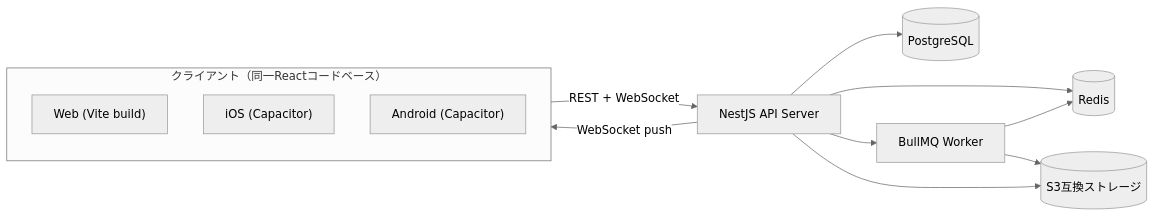
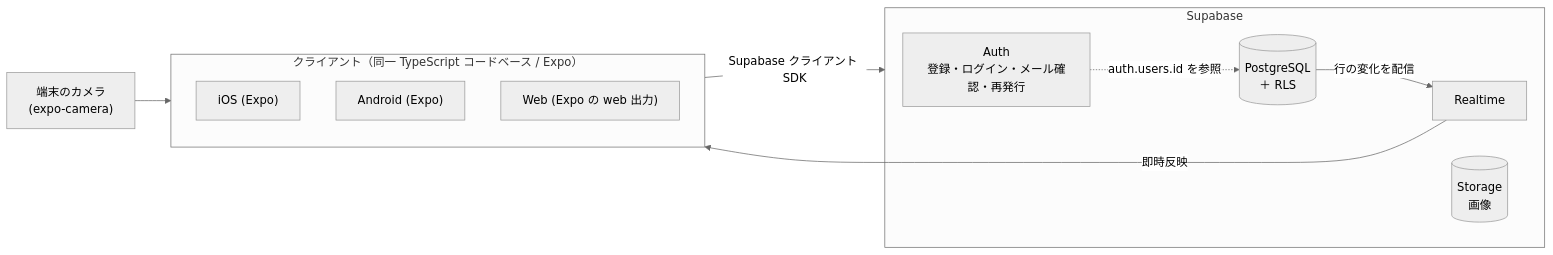
Before and after one commit to kouiso/sns-app: the first of 2 diagrams in material/03_基本設計書.md, drawn with Mermaid (neutral theme). The commit also changed other lines of this file and 17 other files, not shown here.

````diff
--- a/material/03_基本設計書.md
+++ b/material/03_基本設計書.md
@@ -7,17 +9,23 @@
 ```mermaid
 flowchart LR
-  subgraph Client["クライアント（同一Reactコードベース）"]
-    Web["Web (Vite build)"]
-    iOS["iOS (Capacitor)"]
-    Android["Android (Capacitor)"]
+  subgraph Client["クライアント（同一 TypeScript コードベース / Expo）"]
+    iOS["iOS (Expo)"]
+    Android["Android (Expo)"]
+    Web["Web (Expo の web 出力)"]
   end
 
-  Client -->|REST + WebSocket| API["NestJS API Server"]
-  API --> DB[(PostgreSQL)]
-  API --> Cache[(Redis)]
-  API --> Queue["BullMQ Worker"]
-  Queue --> Cache
-  Queue --> Storage[(S3互換ストレージ)]
-  API --> Storage
-  API -->|WebSocket push| Client
+  Client -->|Supabase クライアント SDK| SB
+
+  subgraph SB["Supabase"]
+    Auth["Auth<br>登録・ログイン・メール確認・再発行"]
+    DB[("PostgreSQL<br>＋ RLS")]
+    RT["Realtime"]
+    ST[("Storage<br>画像")]
+  end
+
+  Auth -.->|auth.users.id を参照| DB
+  DB -->|行の変化を配信| RT
+  RT -->|即時反映| Client
+
+  Camera["端末のカメラ<br>(expo-camera)"] --> Client
 ```
````
